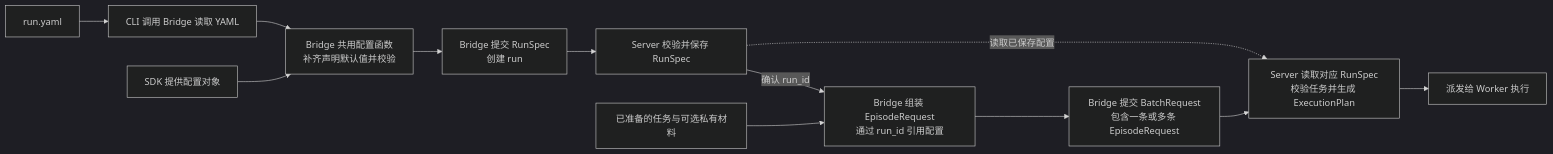
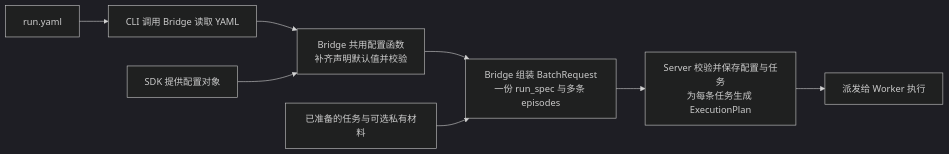
Before and after one commit to audreyyan1015/uenv_design: the diagram in docs/guides/user_guide.md, drawn with Mermaid (dark theme). The commit also changed other lines of this file and 34 other files, not shown here.

Commit message:
Submit shared run configuration with each episode batch

````diff
--- a/docs/guides/user_guide.md
+++ b/docs/guides/user_guide.md
@@ -27,14 +27,10 @@
 ```mermaid
 flowchart LR
   YAML[run.yaml] --> READ[CLI 调用 Bridge 读取 YAML]
   READ --> NORMALIZE[Bridge 共用配置函数<br/>补齐声明默认值并校验]
   SDK[SDK 提供配置对象] --> NORMALIZE
-  NORMALIZE --> CREATE[Bridge 提交 RunSpec<br/>创建 run]
-  CREATE --> SAVE[Server 校验并保存 RunSpec]
-  SAVE -->|确认 run_id| BUILD[Bridge 组装 EpisodeRequest<br/>通过 run_id 引用配置]
-  TASK[已准备的任务与可选私有材料] --> BUILD
-  BUILD --> SUBMIT[Bridge 提交 BatchRequest<br/>包含一条或多条 EpisodeRequest]
-  SUBMIT --> SERVER[Server 读取对应 RunSpec<br/>校验任务并生成 ExecutionPlan]
-  SAVE -.读取已保存配置.-> SERVER
+  NORMALIZE --> BATCH[Bridge 组装 BatchRequest<br/>一份 run_spec 与多条 episodes]
+  TASK[已准备的任务与可选私有材料] --> BATCH
+  BATCH --> SERVER[Server 校验并保存配置与任务<br/>为每条任务生成 ExecutionPlan]
   SERVER --> WORKER[派发给 Worker 执行]
 ```
````
